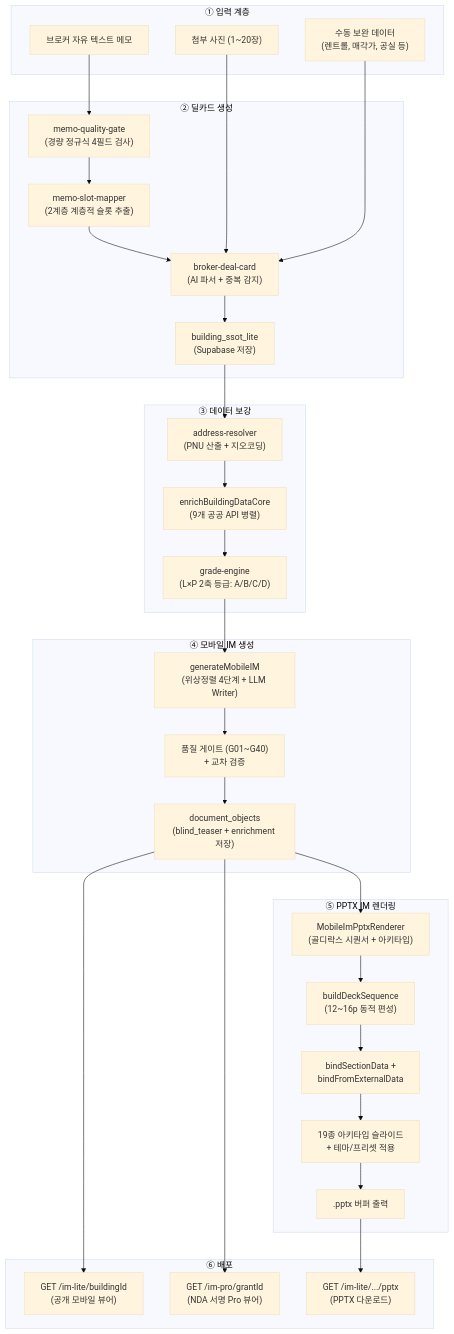
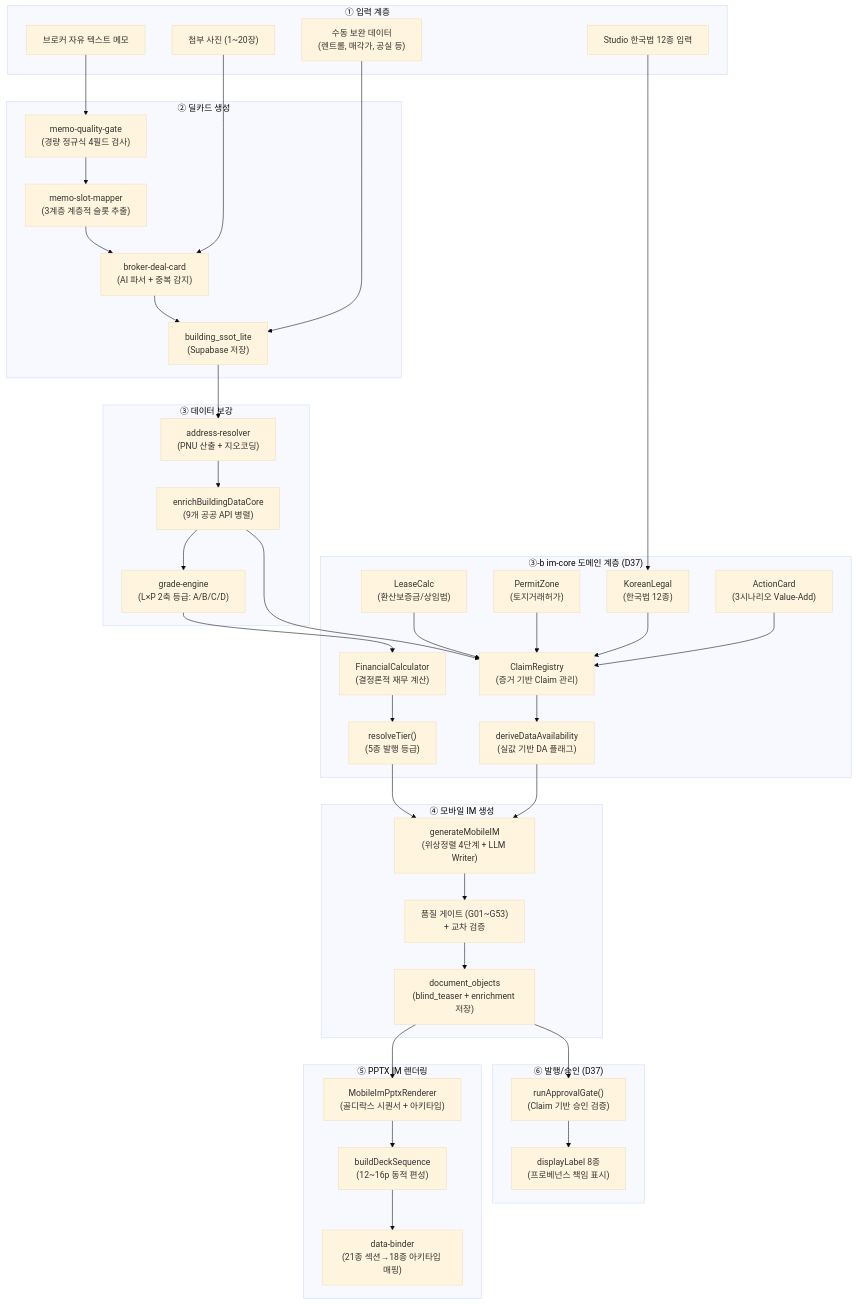
The diagram in docs/impipe/01_FULL_PIPELINE_ARCHITECTURE.md (kboom8002/cre-dealcard), drawn with Mermaid (base theme) before and after one commit. The commit also changed other lines of this file and 5 other files, not shown here.

````diff
--- a/docs/impipe/01_FULL_PIPELINE_ARCHITECTURE.md
+++ b/docs/impipe/01_FULL_PIPELINE_ARCHITECTURE.md
@@ -11,50 +12,69 @@
 ```mermaid
 flowchart TD
     subgraph INPUT["① 입력 계층"]
         A["브로커 자유 텍스트 메모"]
         B["첨부 사진 (1~20장)"]
         C["수동 보완 데이터\n(렌트롤, 매각가, 공실 등)"]
+        D37A["Studio 한국법 12종 입력"]
     end
 
     subgraph DEALCARD["② 딜카드 생성"]
         D["memo-quality-gate\n(경량 정규식 4필드 검사)"]
-        E["memo-slot-mapper\n(2계층 계층적 슬롯 추출)"]
+        E["memo-slot-mapper\n(3계층 계층적 슬롯 추출)"]
         F["broker-deal-card\n(AI 파서 + 중복 감지)"]
         G["building_ssot_lite\n(Supabase 저장)"]
     end
 
     subgraph ENRICH["③ 데이터 보강"]
         H["address-resolver\n(PNU 산출 + 지오코딩)"]
         I["enrichBuildingDataCore\n(9개 공공 API 병렬)"]
         J["grade-engine\n(L×P 2축 등급: A/B/C/D)"]
     end
 
+    subgraph IMCORE["③-b im-core 도메인 계층 (D37)"]
+        CR["ClaimRegistry\n(증거 기반 Claim 관리)"]
+        FC["FinancialCalculator\n(결정론적 재무 계산)"]
+        RT["resolveTier()\n(5종 발행 등급)"]
+        DA["deriveDataAvailability\n(실값 기반 DA 플래그)"]
+        LC["LeaseCalc\n(환산보증금/상임법)"]
+        PZ["PermitZone\n(토지거래허가)"]
+        KL["KoreanLegal\n(한국법 12종)"]
+        AC["ActionCard\n(3시나리오 Value-Add)"]
+    end
+
     subgraph MOBILEIM["④ 모바일 IM 생성"]
         K["generateMobileIM\n(위상정렬 4단계 + LLM Writer)"]
-        L["품질 게이트 (G01~G40)\n+ 교차 검증"]
+        L["품질 게이트 (G01~G53)\n+ 교차 검증"]
         M["document_objects\n(blind_teaser + enrichment 저장)"]
     end
 
     subgraph PPTXIM["⑤ PPTX IM 렌더링"]
         N["MobileImPptxRenderer\n(골디락스 시퀀서 + 아키타입)"]
         O["buildDeckSequence\n(12~16p 동적 편성)"]
-        P["bindSectionData +\nbindFromExternalData"]
-        Q["19종 아키타입 슬라이드\n+ 테마/프리셋 적용"]
-        R[".pptx 버퍼 출력"]
+        P["data-binder\n(21종 섹션→18종 아키타입 매핑)"]
     end
 
-    subgraph VIEWER["⑥ 배포"]
-        S["GET /im-lite/buildingId\n(공개 모바일 뷰어)"]
-        T["GET /im-pro/grantId\n(NDA 서명 Pro 뷰어)"]
-        U["GET /im-lite/.../pptx\n(PPTX 다운로드)"]
+    subgraph PUBLISH["⑥ 발행/승인 (D37)"]
+        AG["runApprovalGate()\n(Claim 기반 승인 검증)"]
+        DL["displayLabel 8종\n(프로베넌스 책임 표시)"]
     end
 
     A --> D --> E --> F --> G
     B --> F
-    C --> F
+    C --> G
+    D37A --> KL
     G --> H --> I --> J
-    J --> K --> L --> M
-    M --> S
-    M --> T
-    M --> N --> O --> P --> Q --> R --> U
+    I --> CR
+    J --> FC
+    FC --> RT
+    CR --> DA
+    LC --> CR
+    PZ --> CR
+    KL --> CR
+    AC --> CR
+    DA --> K
+    RT --> K
+    K --> L --> M
+    M --> N --> O --> P
+    M --> AG --> DL
 ```
````
